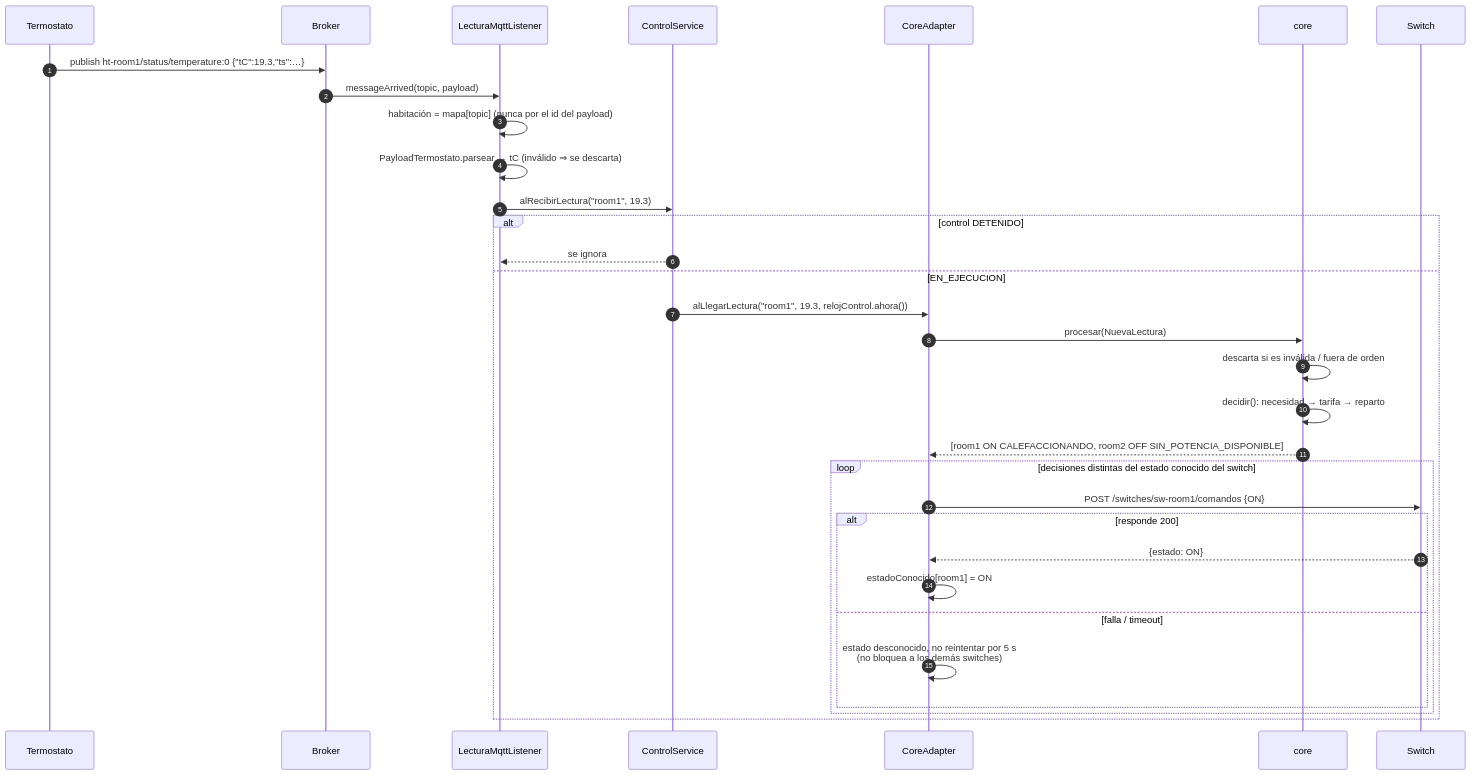
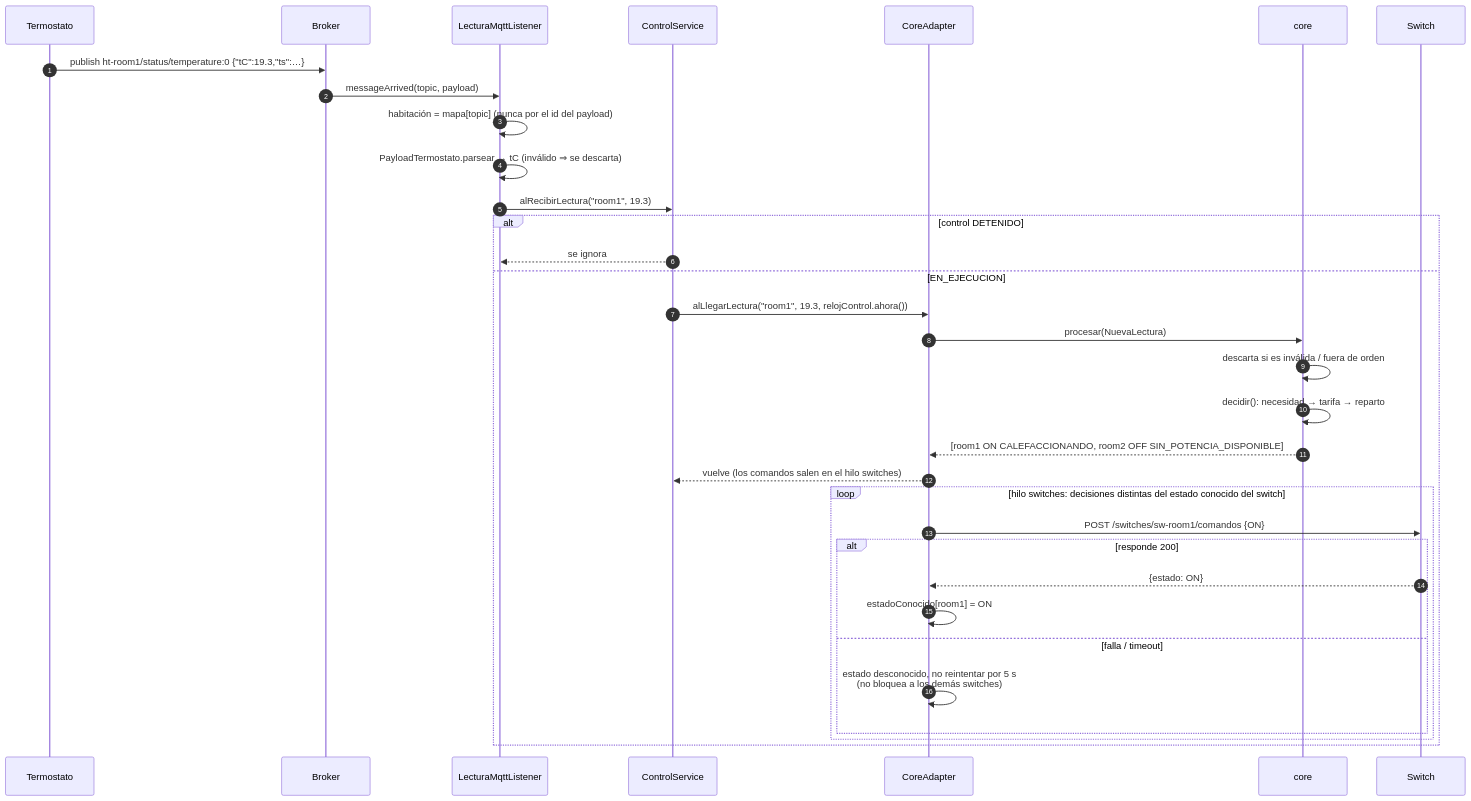
The fifth of 7 diagrams in docs/arquitectura/4mas1.md (BrayanBCode/iiss-2026-grupo-4), drawn with Mermaid before and after one commit. The commit also changed other lines of this file and 4 other files, not shown here.

First line of the commit message:
engine: comunicación con los switches en un hilo propio

````diff
--- a/docs/arquitectura/4mas1.md
+++ b/docs/arquitectura/4mas1.md
@@ -359,35 +361,36 @@
 ```mermaid
 sequenceDiagram
     autonumber
     participant T as Termostato
     participant B as Broker
     participant Mq as LecturaMqttListener
     participant Ctl as ControlService
     participant Ad as CoreAdapter
     participant Core as core
     participant Sw as Switch
 
     T->>B: publish ht-room1/status/temperature:0 {"tC":19.3,"ts":…}
     B->>Mq: messageArrived(topic, payload)
     Mq->>Mq: habitación = mapa[topic] (nunca por el id del payload)
     Mq->>Mq: PayloadTermostato.parsear → tC (inválido ⇒ se descarta)
     Mq->>Ctl: alRecibirLectura("room1", 19.3)
     alt control DETENIDO
         Ctl-->>Mq: se ignora
     else EN_EJECUCION
         Ctl->>Ad: alLlegarLectura("room1", 19.3, relojControl.ahora())
         Ad->>Core: procesar(NuevaLectura)
         Core->>Core: descarta si es inválida / fuera de orden
         Core->>Core: decidir(): necesidad → tarifa → reparto
         Core-->>Ad: [room1 ON CALEFACCIONANDO, room2 OFF SIN_POTENCIA_DISPONIBLE]
-        loop decisiones distintas del estado conocido del switch
+        Ad-->>Ctl: vuelve (los comandos salen en el hilo switches)
+        loop hilo switches: decisiones distintas del estado conocido del switch
             Ad->>Sw: POST /switches/sw-room1/comandos {ON}
             alt responde 200
                 Sw-->>Ad: {estado: ON}
                 Ad->>Ad: estadoConocido[room1] = ON
             else falla / timeout
                 Ad->>Ad: estado desconocido, no reintentar por 5 s<br/>(no bloquea a los demás switches)
             end
         end
     end
 ```
````
